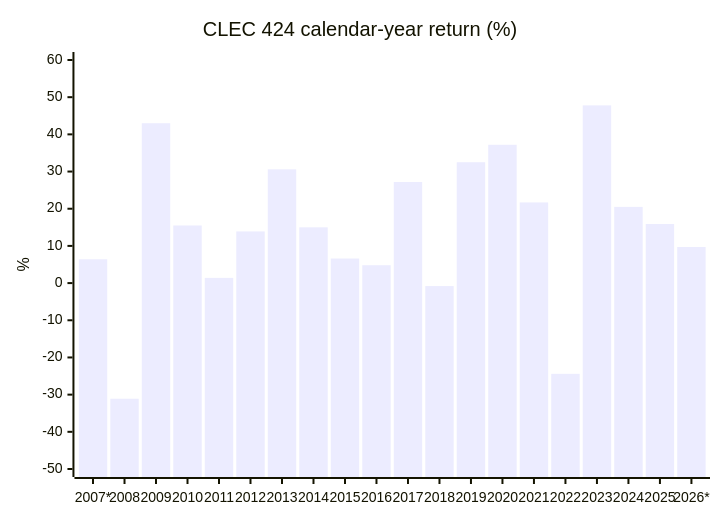
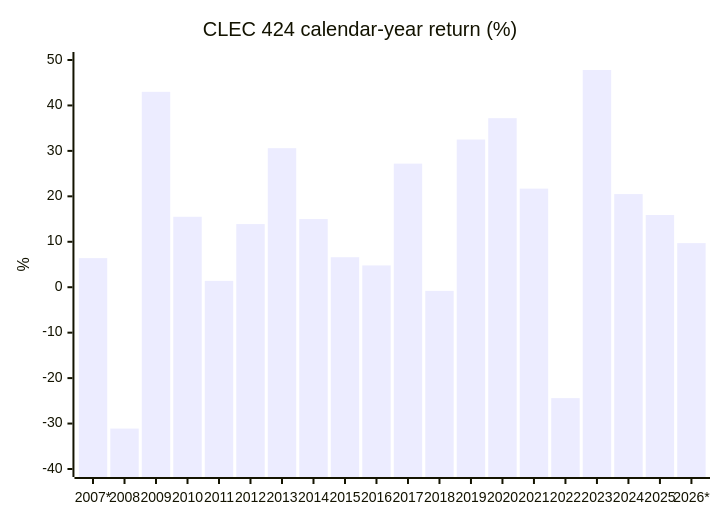
The fourth of 5 diagrams in docs/backtests/clec-424.md (memoryfraction/Quant.Infra.Net), drawn with Mermaid before and after one commit. The commit also changed other lines of this file and 19 other files, not shown here.

````diff
--- a/docs/backtests/clec-424.md
+++ b/docs/backtests/clec-424.md
@@ -64,7 +67,7 @@
 ```mermaid
 xychart-beta
     title "CLEC 424 calendar-year return (%)"
     x-axis ["2007*", "2008", "2009", "2010", "2011", "2012", "2013", "2014", "2015", "2016", "2017", "2018", "2019", "2020", "2021", "2022", "2023", "2024", "2025", "2026*"]
-    y-axis "%" -50 --> 60
+    y-axis "%" -40 --> 50
     bar [6.4, -31.1, 43.0, 15.5, 1.4, 13.9, 30.6, 15.0, 6.6, 4.8, 27.2, -0.8, 32.5, 37.2, 21.7, -24.4, 47.8, 20.5, 15.9, 9.7]
 ```
````
